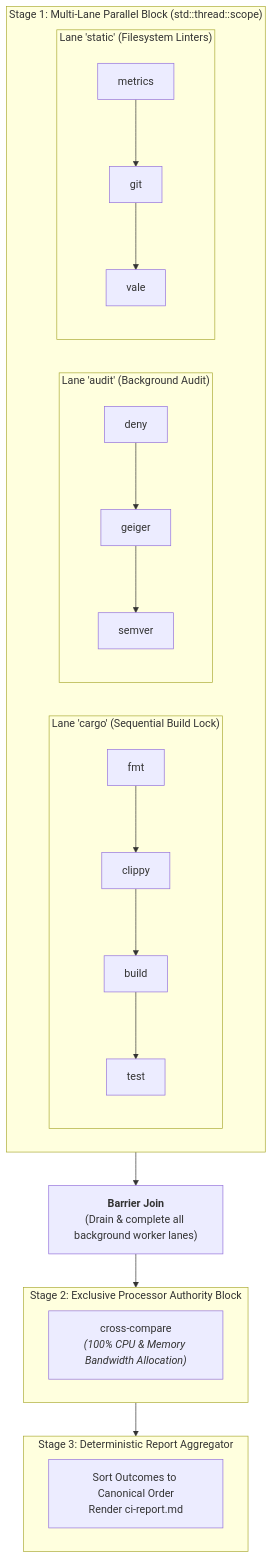
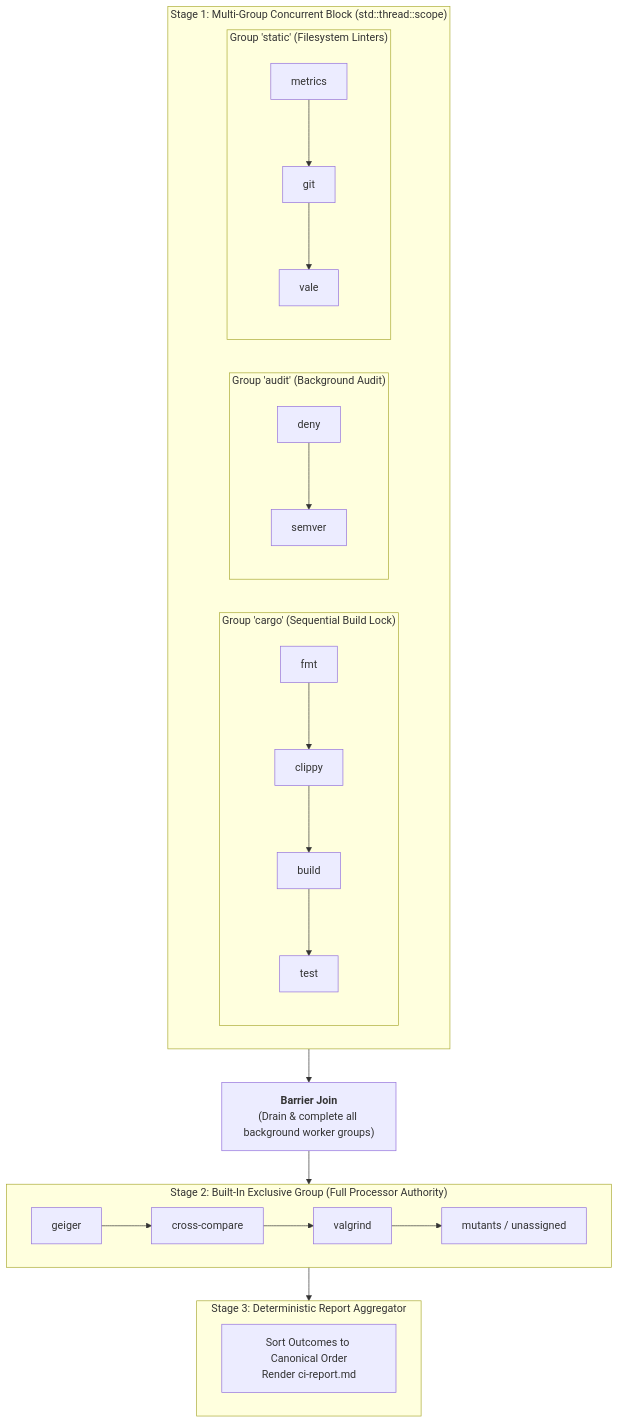
The second of 2 diagrams in documentation/ci/ci-design.md (Dyse-Industries/control-rs), drawn with Mermaid before and after one commit. The commit also changed other lines of this file and 8 other files, not shown here.

````diff
--- a/documentation/ci/ci-design.md
+++ b/documentation/ci/ci-design.md
@@ -527,27 +527,27 @@
 ```mermaid
 flowchart TD
-    subgraph Stage1["Stage 1: Multi-Lane Parallel Block (std::thread::scope)"]
-        subgraph LaneCargo["Lane 'cargo' (Sequential Build Lock)"]
+    subgraph Stage1["Stage 1: Multi-Group Concurrent Block (std::thread::scope)"]
+        subgraph GroupCargo["Group 'cargo' (Sequential Build Lock)"]
             C1["fmt"] --> C2["clippy"] --> C3["build"] --> C4["test"]
         end
-        subgraph LaneAudit["Lane 'audit' (Background Audit)"]
-            A1["deny"] --> A2["geiger"] --> A3["semver"]
+        subgraph GroupAudit["Group 'audit' (Background Audit)"]
+            A1["deny"] --> A2["semver"]
         end
-        subgraph LaneStatic["Lane 'static' (Filesystem Linters)"]
+        subgraph GroupStatic["Group 'static' (Filesystem Linters)"]
             S1["metrics"] --> S2["git"] --> S3["vale"]
         end
     end
 
-    Barrier["<b>Barrier Join</b><br/>(Drain & complete all background worker lanes)"]
+    Barrier["<b>Barrier Join</b><br/>(Drain & complete all background worker groups)"]
     Stage1 --> Barrier
 
-    subgraph Stage2["Stage 2: Exclusive Processor Authority Block"]
-        Ex1["cross-compare<br/><i>(100% CPU & Memory Bandwidth Allocation)</i>"]
+    subgraph Stage2["Stage 2: Built-In Exclusive Group (Full Processor Authority)"]
+        Ex1["geiger"] --> Ex2["cross-compare"] --> Ex3["valgrind"] --> Ex4["mutants / unassigned"]
     end
     Barrier --> Stage2
 
     subgraph Stage3["Stage 3: Deterministic Report Aggregator"]
         Rep["Sort Outcomes to Canonical Order<br/>Render ci-report.md"]
     end
     Stage2 --> Stage3
 ```
````
